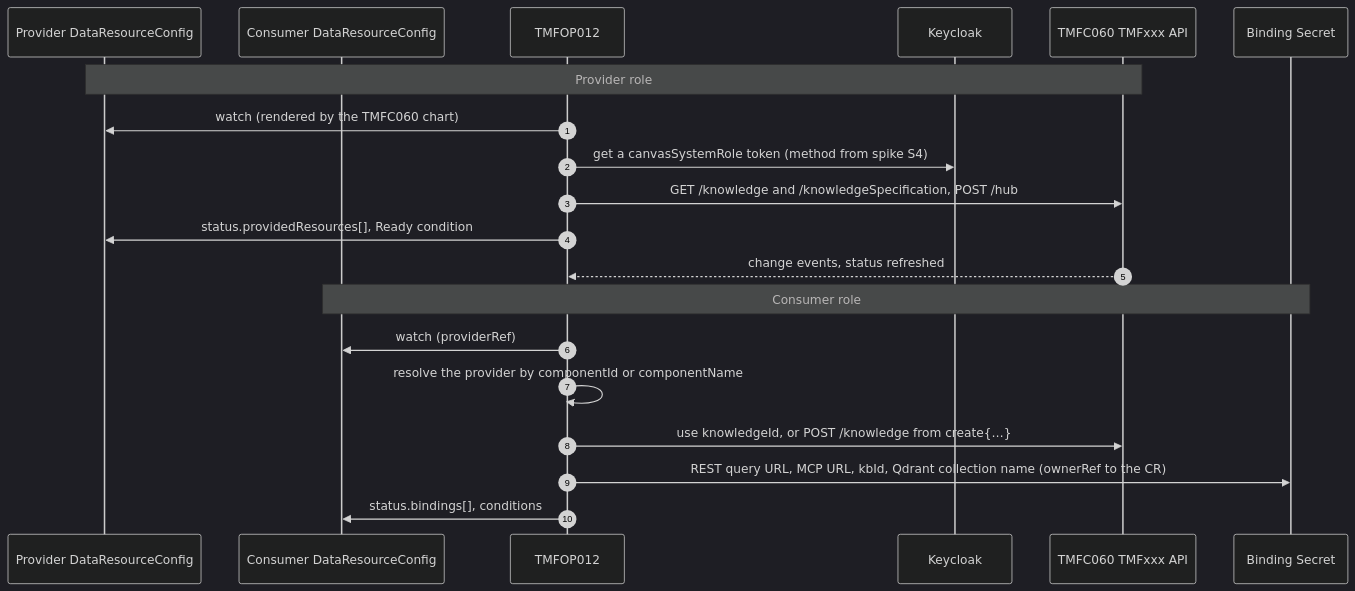
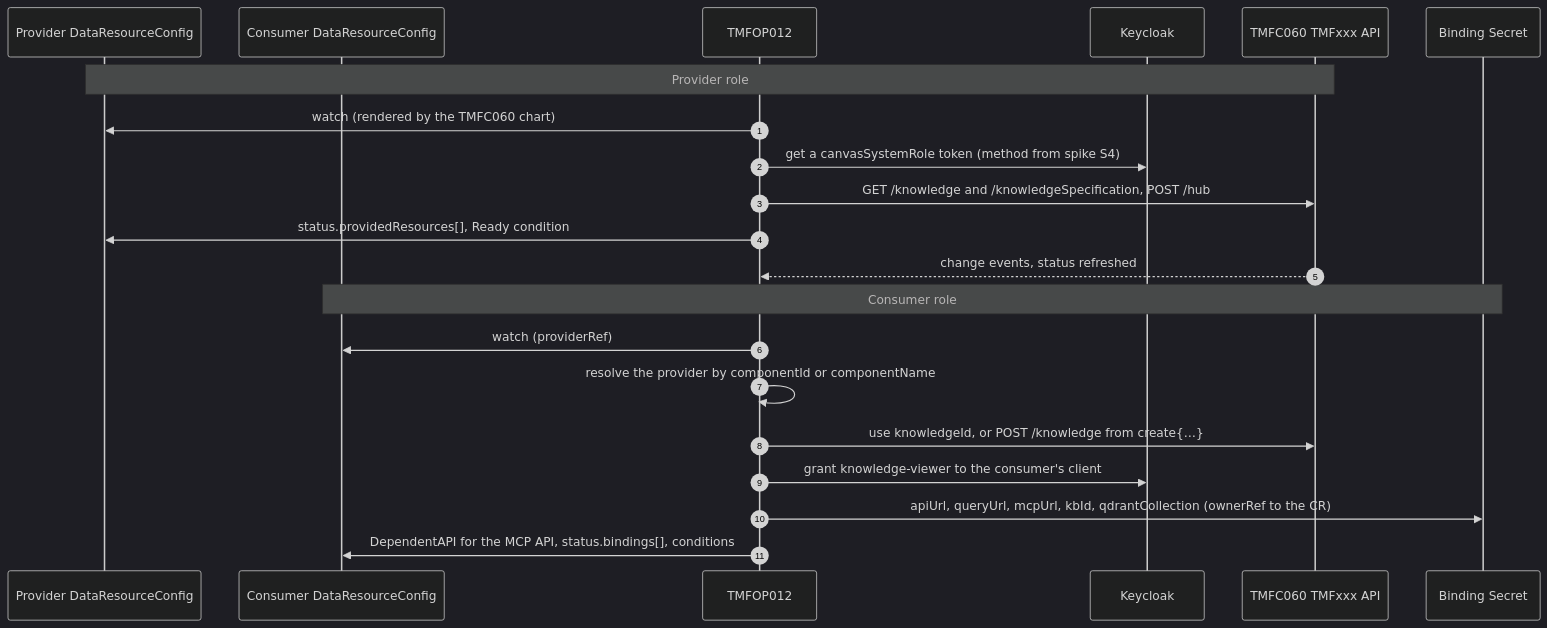
Before and after one commit to hw-irc-sni/oda-canvas: the sixth of 6 diagrams in Knowledge-Management-design.md, drawn with Mermaid (dark theme). The commit also changed other lines of this file, not shown here.

First line of the commit message:
docs(knowledge): align the DataResourceConfig section with ADR-010

````diff
--- a/Knowledge-Management-design.md
+++ b/Knowledge-Management-design.md
@@ -331,22 +331,23 @@
 ```mermaid
 sequenceDiagram
   autonumber
   participant PCR as Provider DataResourceConfig
   participant CCR as Consumer DataResourceConfig
   participant Op as TMFOP012
   participant KC as Keycloak
   participant API as TMFC060 TMFxxx API
   participant Sec as Binding Secret
   Note over PCR,API: Provider role
   Op->>PCR: watch (rendered by the TMFC060 chart)
   Op->>KC: get a canvasSystemRole token (method from spike S4)
   Op->>API: GET /knowledge and /knowledgeSpecification, POST /hub
   Op->>PCR: status.providedResources[], Ready condition
   API-->>Op: change events, status refreshed
   Note over CCR,Sec: Consumer role
   Op->>CCR: watch (providerRef)
   Op->>Op: resolve the provider by componentId or componentName
   Op->>API: use knowledgeId, or POST /knowledge from create{…}
-  Op->>Sec: REST query URL, MCP URL, kbId, Qdrant collection name (ownerRef to the CR)
-  Op->>CCR: status.bindings[], conditions
+  Op->>KC: grant knowledge-viewer to the consumer's client
+  Op->>Sec: apiUrl, queryUrl, mcpUrl, kbId, qdrantCollection (ownerRef to the CR)
+  Op->>CCR: DependentAPI for the MCP API, status.bindings[], conditions
 ```
````
